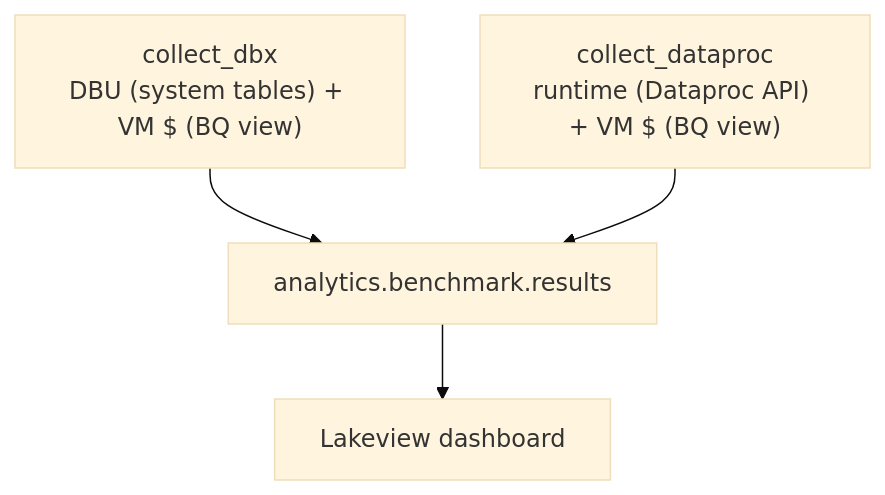
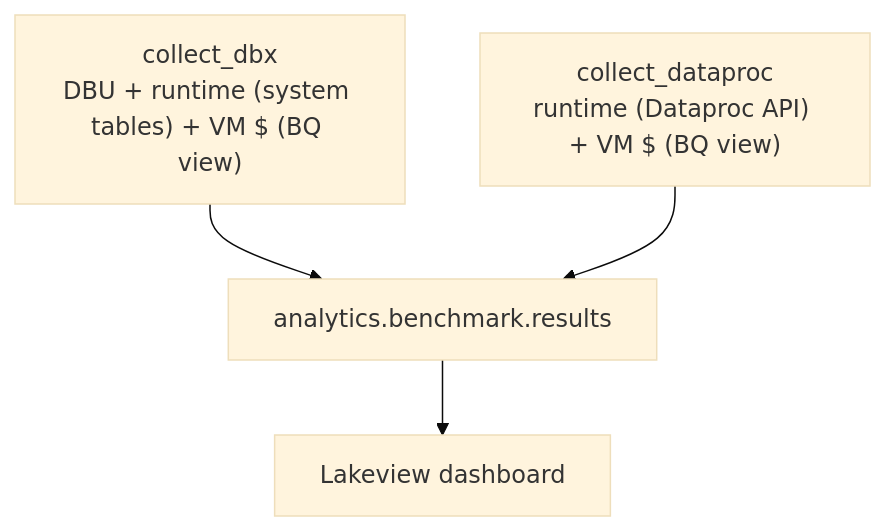
Before and after one commit to klevisa/shared-vpc-cmk-psc-databricks-deployment: the diagram in benchmark/README.md, drawn with Mermaid (base theme). The commit also changed other lines of this file and 5 other files, not shown here.

First line of the commit message:
enable production system-table baseline (Phase 1); collector runtime from lakeflow

````diff
--- a/benchmark/README.md
+++ b/benchmark/README.md
@@ -59,10 +59,10 @@
 ```mermaid
 flowchart TB
     R["analytics.benchmark.results"]
-    C1["collect_dbx<br/>DBU (system tables) + VM $ (BQ view)"]
+    C1["collect_dbx<br/>DBU + runtime (system tables) + VM $ (BQ view)"]
     C2["collect_dataproc<br/>runtime (Dataproc API) + VM $ (BQ view)"]
     D["Lakeview dashboard"]
     C1 --> R
     C2 --> R
     R --> D
 ```
````
